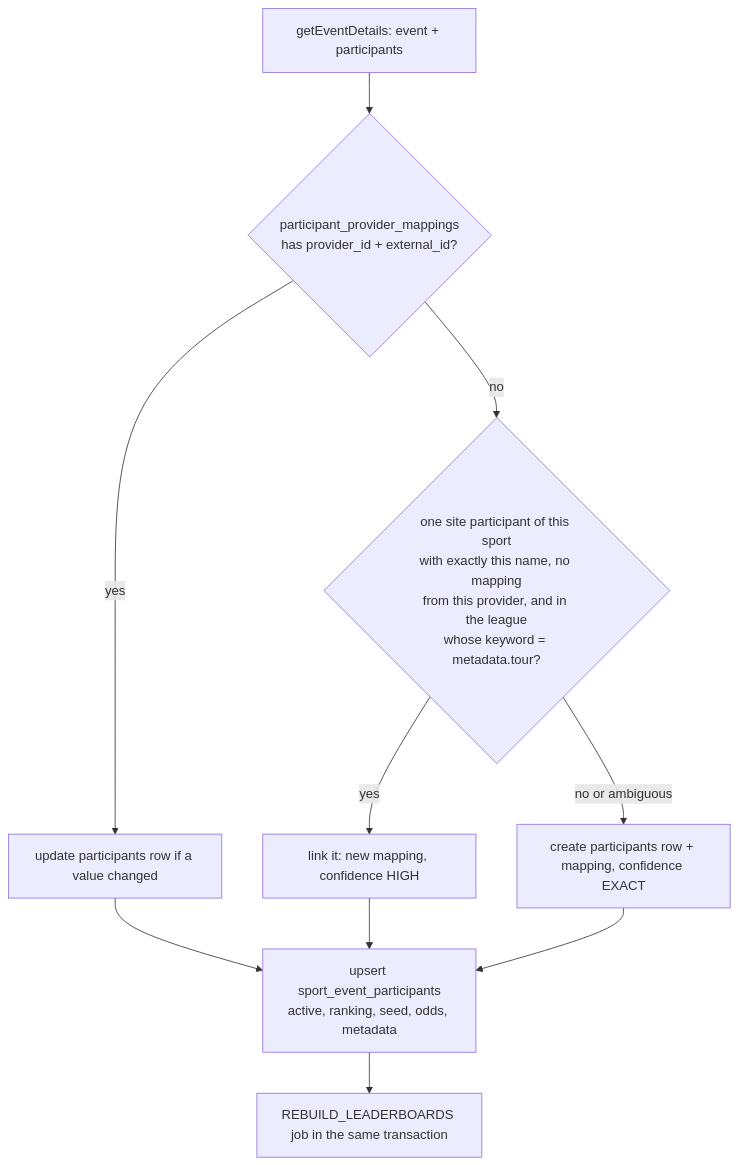
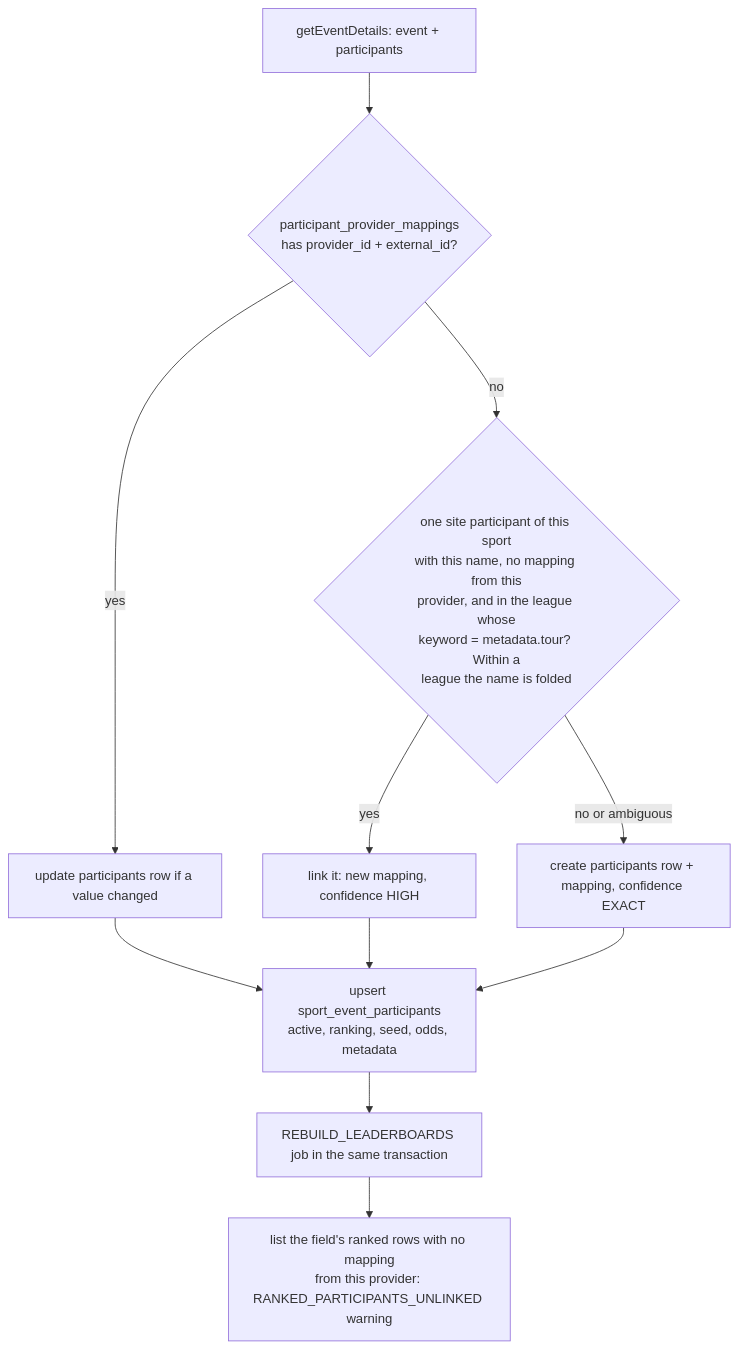
The second of 4 diagrams in docs/LIVE-SPORTS-DATA-SYNC.md (derek-dorazio/pool-master), drawn with Mermaid before and after one commit. The commit also changed other lines of this file and 12 other files, not shown here.

First line of the commit message:
Link provider stars despite accents and suffixes, and warn of ranked stars a field load left unlinked (#1664) (#1676)

````diff
--- a/docs/LIVE-SPORTS-DATA-SYNC.md
+++ b/docs/LIVE-SPORTS-DATA-SYNC.md
@@ -142,10 +142,11 @@
 ```mermaid
 flowchart TD
   D[getEventDetails: event + participants] --> M{participant_provider_mappings<br/>has provider_id + external_id?}
   M -- yes --> U[update participants row if a value changed]
-  M -- no --> N{one site participant of this sport<br/>with exactly this name, no mapping<br/>from this provider, and in the league<br/>whose keyword = metadata.tour?}
+  M -- no --> N{one site participant of this sport<br/>with this name, no mapping from this<br/>provider, and in the league whose<br/>keyword = metadata.tour? Within a<br/>league the name is folded}
   N -- yes --> LK[link it: new mapping, confidence HIGH]
   N -- no or ambiguous --> CR[create participants row + mapping, confidence EXACT]
   U & LK & CR --> F[upsert sport_event_participants<br/>active, ranking, seed, odds, metadata]
   F --> J[REBUILD_LEADERBOARDS job in the same transaction]
+  J --> W[list the field's ranked rows with no mapping<br/>from this provider: RANKED_PARTICIPANTS_UNLINKED warning]
 ```
````
